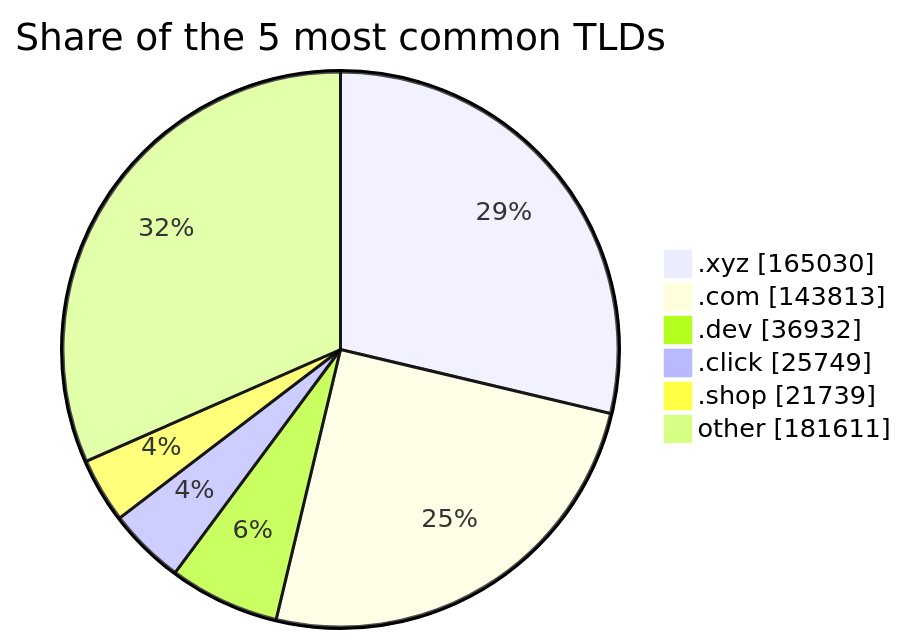
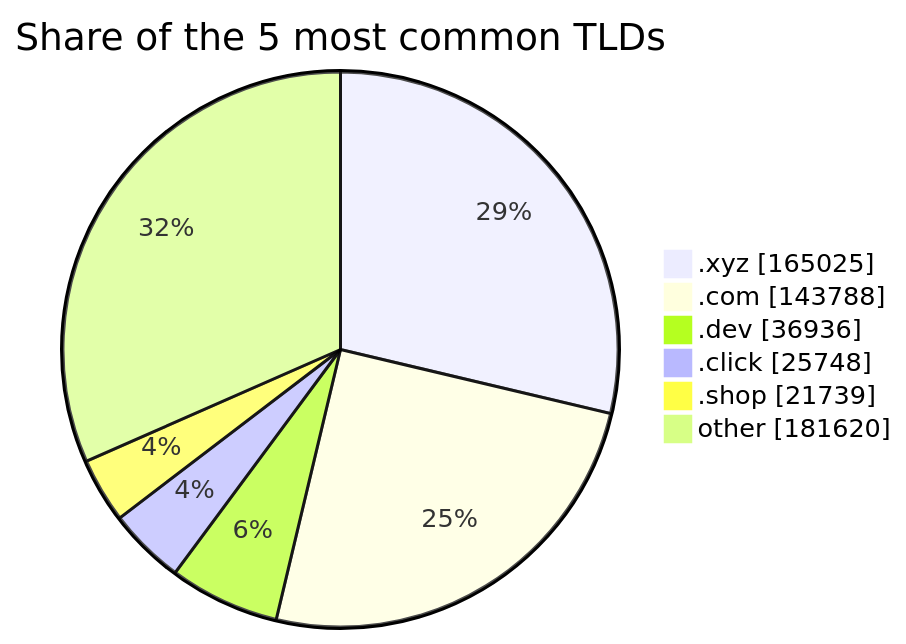
The third of 3 diagrams in README.md (DNSBunker/CTI), drawn with Mermaid before and after one commit. The commit also changed other lines of this file and 3 other files, not shown here.

````diff
--- a/README.md
+++ b/README.md
@@ -81,9 +81,9 @@
 ```mermaid
 pie showData title Share of the 5 most common TLDs
-    ".xyz" : 165030
-    ".com" : 143813
-    ".dev" : 36932
-    ".click" : 25749
+    ".xyz" : 165025
+    ".com" : 143788
+    ".dev" : 36936
+    ".click" : 25748
     ".shop" : 21739
-    "other" : 181611
+    "other" : 181620
 ```
````
